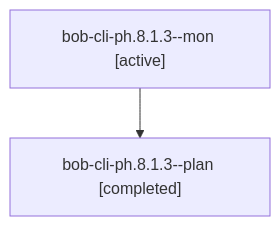
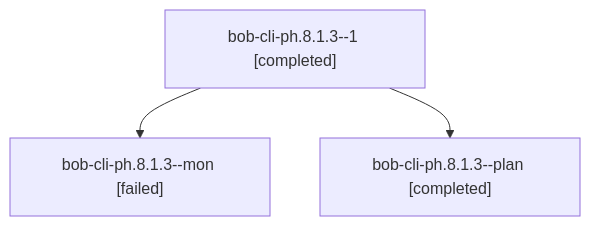
The diagram in sessions/bbugyi200.apollo.bob-cli-ph.8.1.3.md (bobs-org/bob-cli--agents), drawn with Mermaid before and after one commit. The commit also changed other lines of this file and 193 other files, not shown here.

````diff
--- a/sessions/bbugyi200.apollo.bob-cli-ph.8.1.3.md
+++ b/sessions/bbugyi200.apollo.bob-cli-ph.8.1.3.md
@@ -9,6 +9,8 @@
 ```mermaid
 flowchart TD
-  n0["bob-cli-ph.8.1.3--mon [active]"]
-  n1["bob-cli-ph.8.1.3--plan [completed]"]
+  n0["bob-cli-ph.8.1.3--1 [completed]"]
+  n1["bob-cli-ph.8.1.3--mon [failed]"]
   n0 --> n1
+  n2["bob-cli-ph.8.1.3--plan [completed]"]
+  n0 --> n2
 ```
````
